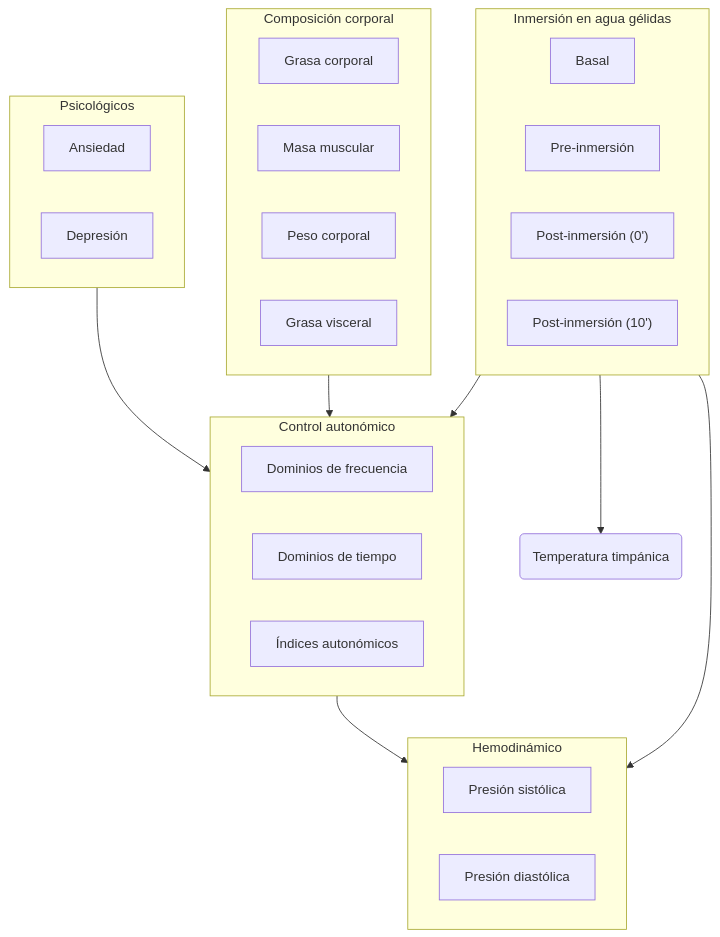
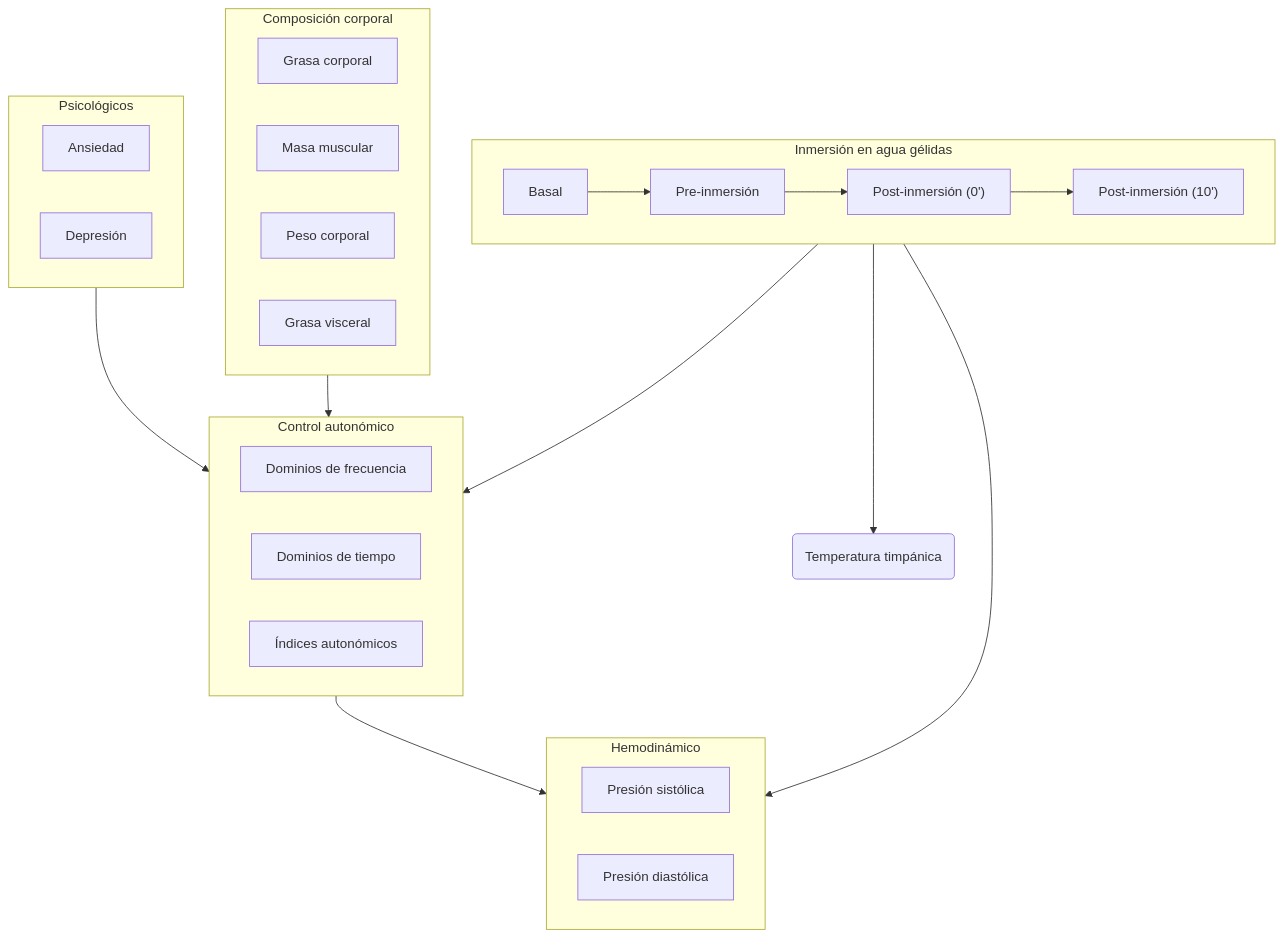
Before and after one commit to nim-ach/2024-08-Aguas-gelidas: the diagram in docs/index.qmd, drawn with Mermaid. The commit also changed 3 other files, not shown here.

````diff
--- a/docs/index.qmd
+++ b/docs/index.qmd
@@ -33,38 +33,41 @@
 ```{mermaid}
 %%| layout-align: center
 graph TB
   subgraph p0 ["Psicológicos"]
   A1[Ansiedad]
   A2[Depresión]
   end
   
   subgraph p1 ["Composición corporal"]
   B1[Grasa corporal]
   B2[Masa muscular]
   B3[Peso corporal]
   B4[Grasa visceral]
   end
   
   subgraph p2 ["Control autonómico"]
   C1[Dominios de frecuencia]
   C2[Dominios de tiempo]
   C3[Índices autonómicos]
   end
   
   subgraph p3 ["Hemodinámico"]
   D1[Presión sistólica]
   D2[Presión diastólica]
   end
   
   subgraph p4 ["Inmersión en agua gélidas"]
   E1["Basal"]
   E2["Pre-inmersión"]
   E3["Post-inmersión (0')"]
   E4["Post-inmersión (10')"]
   end
   
+  E1 --> E2
+  E2 --> E3
+  E3 --> E4
   p0 --> p2
   p1 --> p2
   p2 --> p3
   p4 --> p2 & p3 & p5("Temperatura timpánica")
 ```
````
